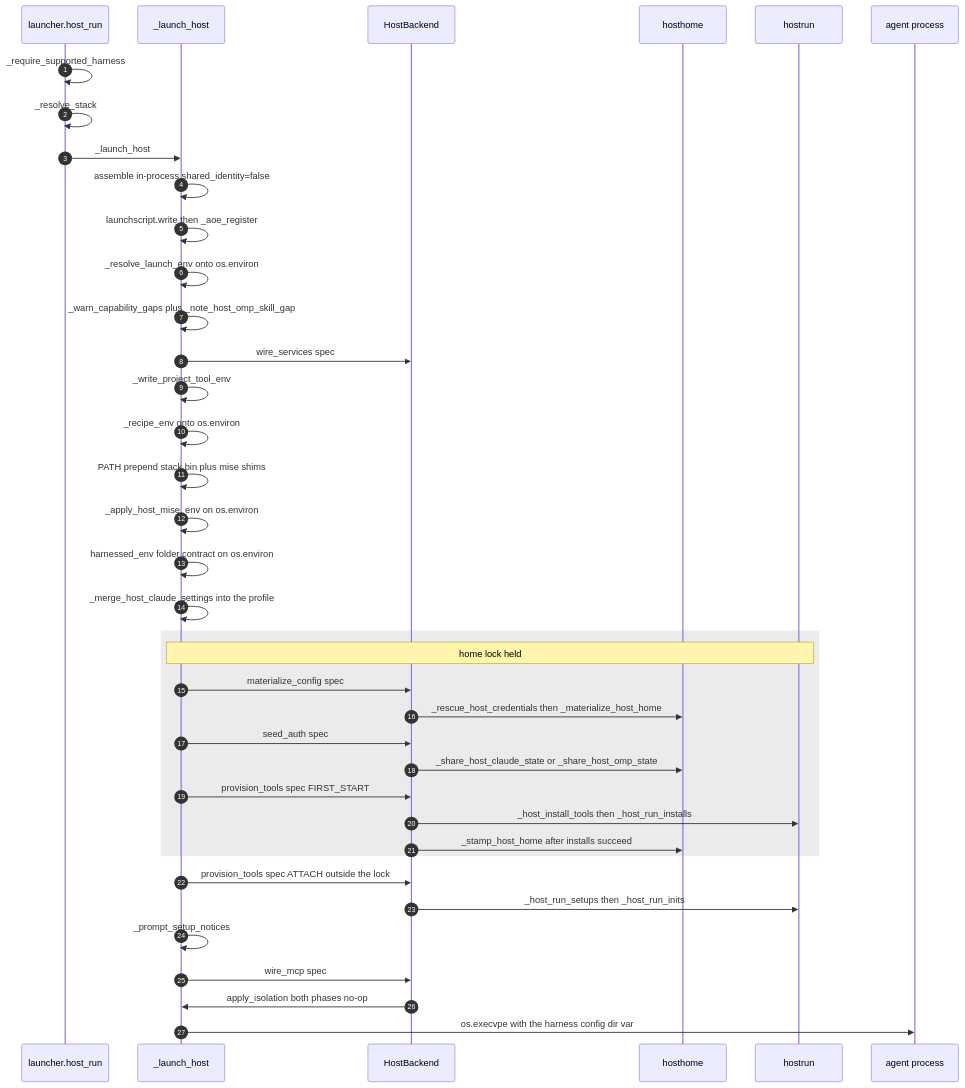
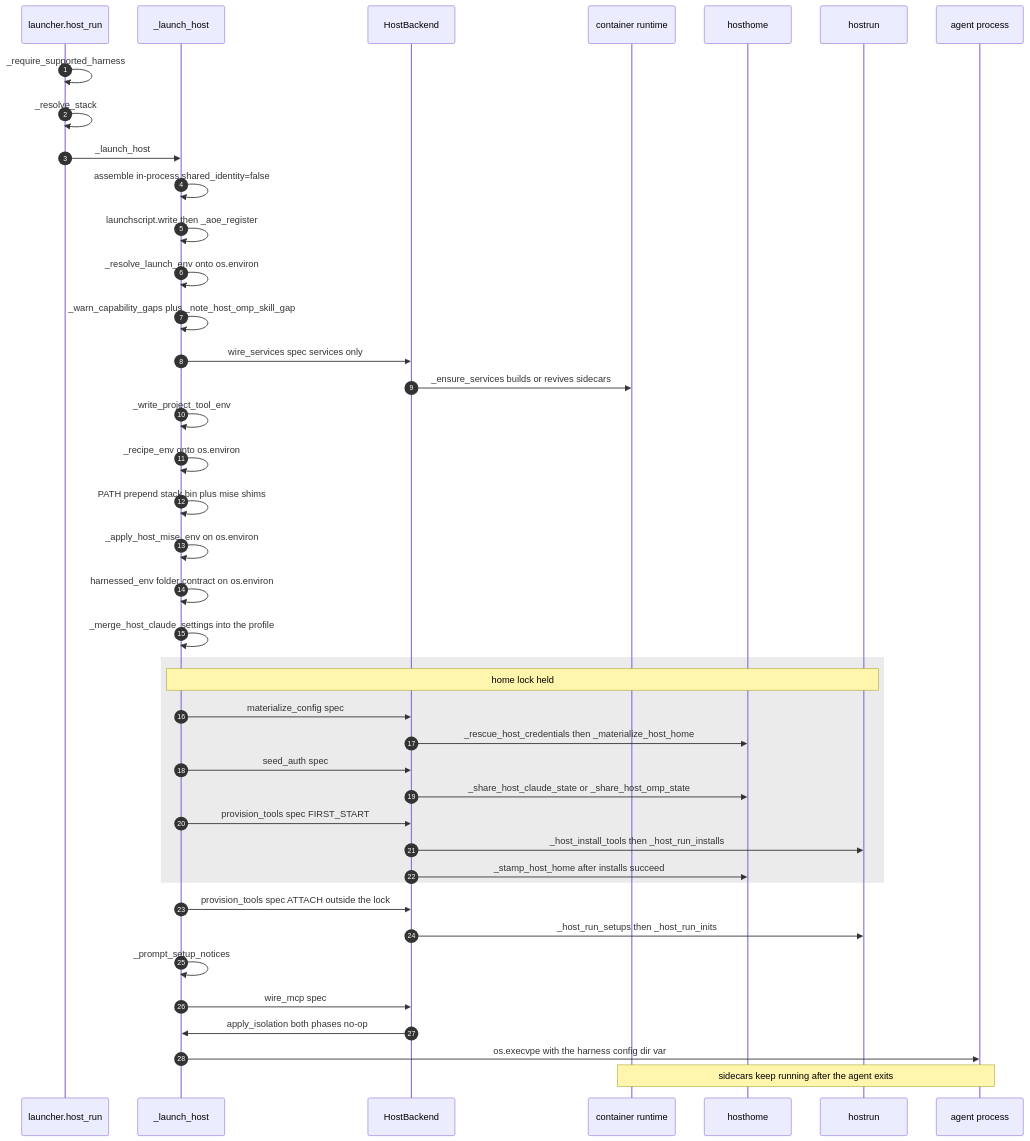
One commit to drmikecrowe/harnessed changed the diagram in openwiki/workflows/host-run.md. Above: the diagram before and after it, drawn with Mermaid. The commit also changed other lines of this file and 25 other files, not shown here.

````diff
--- a/openwiki/workflows/host-run.md
+++ b/openwiki/workflows/host-run.md
@@ -74,41 +99,44 @@
 ```mermaid
 sequenceDiagram
     autonumber
     participant RUN as launcher.host_run
     participant LH as _launch_host
     participant BE as HostBackend
+    participant RT as container runtime
     participant HH as hosthome
     participant HR as hostrun
     participant AG as agent process
 
     RUN->>RUN: _require_supported_harness
     RUN->>RUN: _resolve_stack
     RUN->>LH: _launch_host
     LH->>LH: assemble in-process shared_identity=false
     LH->>LH: launchscript.write then _aoe_register
     LH->>LH: _resolve_launch_env onto os.environ
     LH->>LH: _warn_capability_gaps plus _note_host_omp_skill_gap
-    LH->>BE: wire_services spec
+    LH->>BE: wire_services spec services only
+    BE->>RT: _ensure_services builds or revives sidecars
     LH->>LH: _write_project_tool_env
     LH->>LH: _recipe_env onto os.environ
     LH->>LH: PATH prepend stack bin plus mise shims
     LH->>LH: _apply_host_mise_env on os.environ
     LH->>LH: harnessed_env folder contract on os.environ
     LH->>LH: _merge_host_claude_settings into the profile
     rect rgb(235,235,235)
         Note over LH,HR: home lock held
         LH->>BE: materialize_config spec
         BE->>HH: _rescue_host_credentials then _materialize_host_home
         LH->>BE: seed_auth spec
         BE->>HH: _share_host_claude_state or _share_host_omp_state
         LH->>BE: provision_tools spec FIRST_START
         BE->>HR: _host_install_tools then _host_run_installs
         BE->>HH: _stamp_host_home after installs succeed
     end
     LH->>BE: provision_tools spec ATTACH outside the lock
     BE->>HR: _host_run_setups then _host_run_inits
     LH->>LH: _prompt_setup_notices
     LH->>BE: wire_mcp spec
     BE->>LH: apply_isolation both phases no-op
     LH->>AG: os.execvpe with the harness config dir var
+    Note over AG,RT: sidecars keep running after the agent exits
 ```
````
